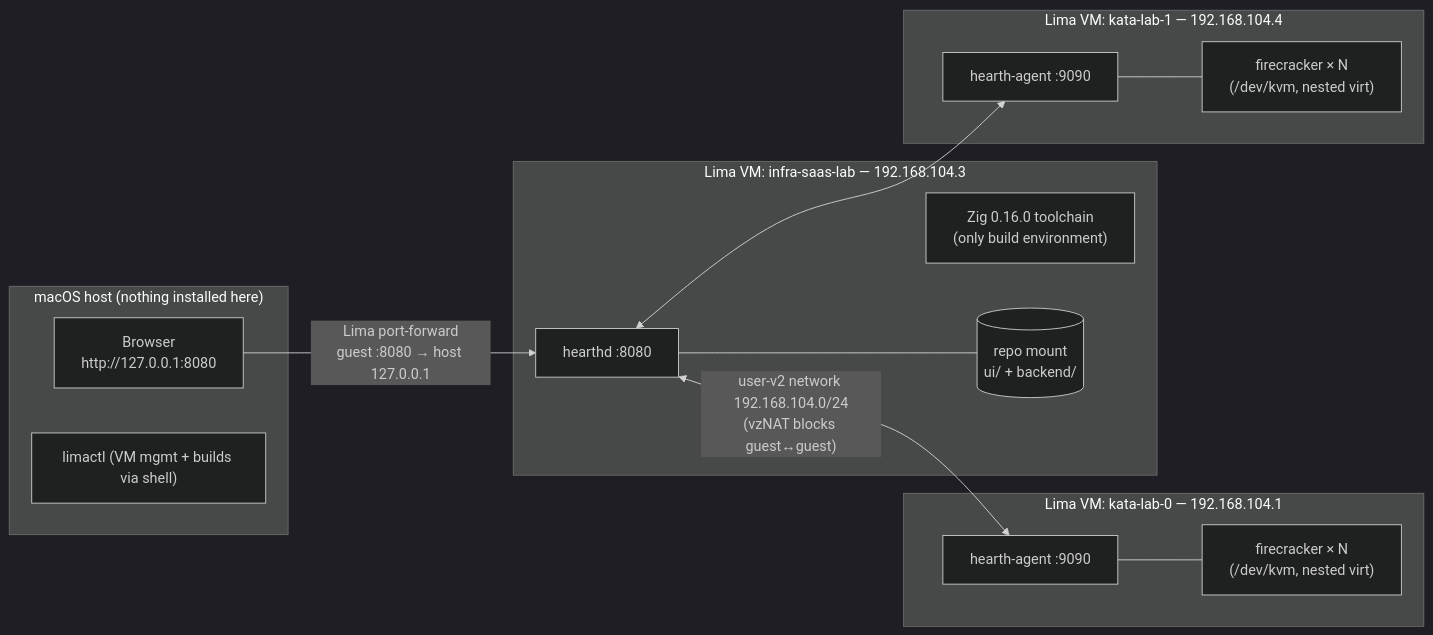
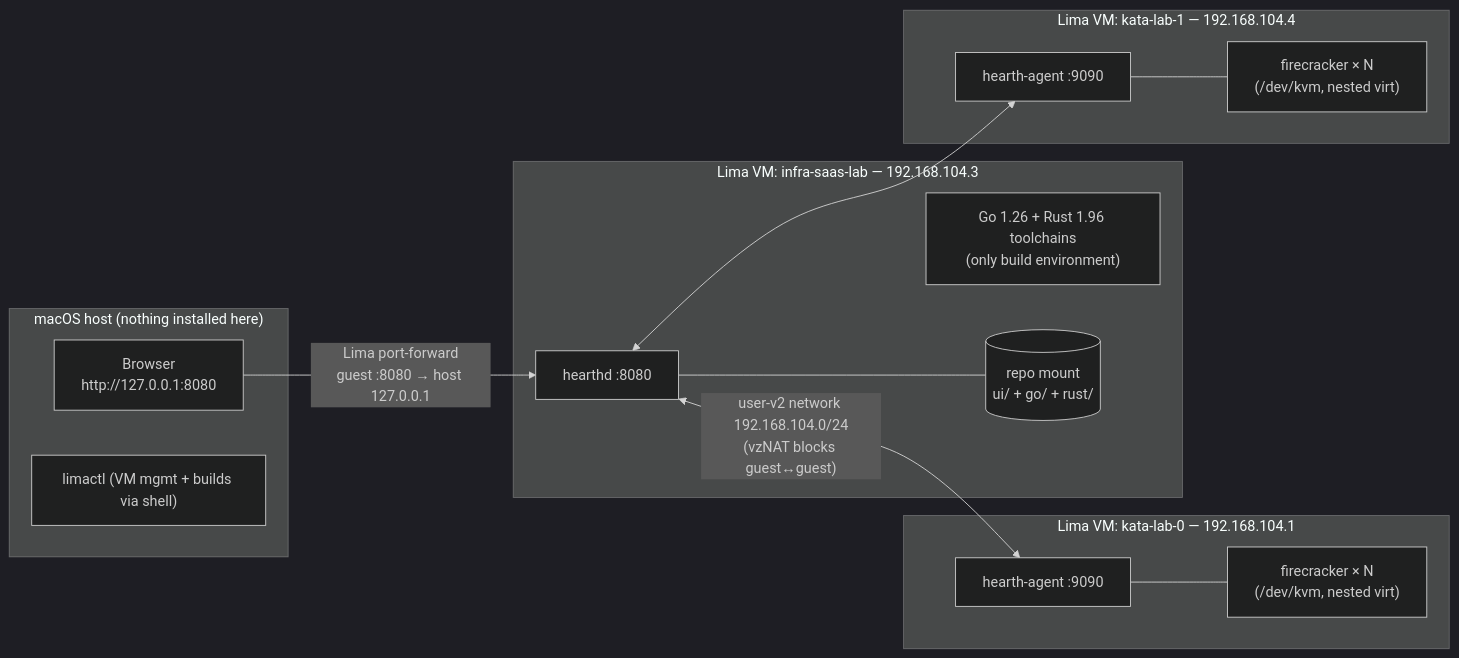
Before and after one commit to Sodoko-dev/felucca: the third of 10 diagrams in docs/ARCHITECTURE.md, drawn with Mermaid (dark theme). The commit also changed other lines of this file and 9 other files, not shown here.

First line of the commit message:
Phase 3 docs: ADR-0003, Go/Rust build+deploy docs, module READMEs, post-wake ping check

````diff
--- a/docs/ARCHITECTURE.md
+++ b/docs/ARCHITECTURE.md
@@ -96,30 +99,30 @@
 ```mermaid
 flowchart LR
     subgraph mac["macOS host (nothing installed here)"]
         BROWSER["Browser<br/>http://127.0.0.1:8080"]
         LIMACTL["limactl (VM mgmt + builds via shell)"]
     end
 
     subgraph lab["Lima VM: infra-saas-lab — 192.168.104.3"]
         HD["hearthd :8080"]
-        ZIG["Zig 0.16.0 toolchain<br/>(only build environment)"]
-        UIDIR[("repo mount<br/>ui/ + backend/")]
+        ZIG["Go 1.26 + Rust 1.96 toolchains<br/>(only build environment)"]
+        UIDIR[("repo mount<br/>ui/ + go/ + rust/")]
     end
 
     subgraph k0["Lima VM: kata-lab-0 — 192.168.104.1"]
         A0["hearth-agent :9090"]
         F0["firecracker × N<br/>(/dev/kvm, nested virt)"]
     end
 
     subgraph k1["Lima VM: kata-lab-1 — 192.168.104.4"]
         A1["hearth-agent :9090"]
         F1["firecracker × N<br/>(/dev/kvm, nested virt)"]
     end
 
     BROWSER -->|"Lima port-forward<br/>guest :8080 → host 127.0.0.1"| HD
     HD <-->|"user-v2 network 192.168.104.0/24<br/>(vzNAT blocks guest↔guest)"| A0
     HD <--> A1
     A0 --- F0
     A1 --- F1
     HD --- UIDIR
 ```
````
